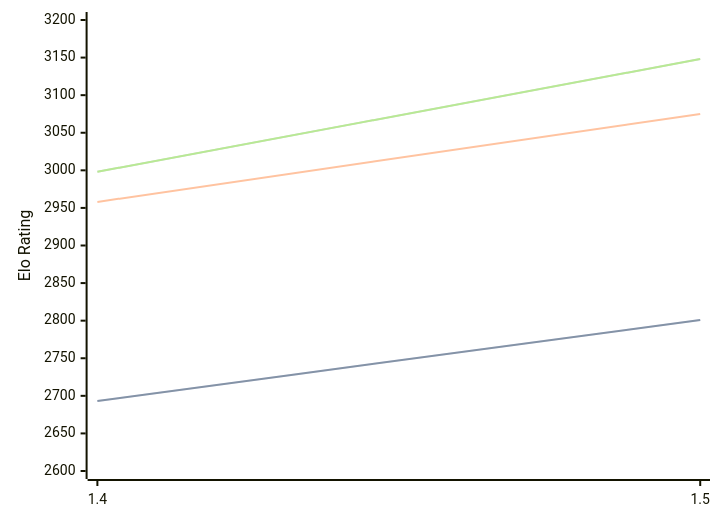
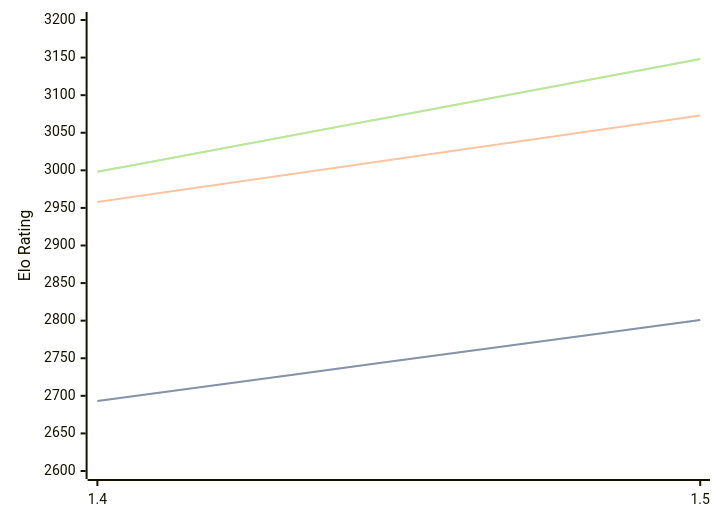
The diagram in engines/Yakka.md (computer-chess-index/cci), drawn with Mermaid before and after one commit. The commit also changed other lines of this file, not shown here.

````diff
--- a/engines/Yakka.md
+++ b/engines/Yakka.md
@@ -36,11 +36,11 @@
 ```mermaid
 %%{init: {"theme":"base","themeVariables":{"seriesColors:['#a3a3a3','#222221','#faa371']}}}%%
 xychart-beta
   x-axis ["1.4", "1.5"]
   y-axis "Elo Rating" 2600 --> 3200
   line "STC (8.0+0.08s)" [2693, 2801]
   line "STC (8.0+0.08s)" [2693, 2801]
-  line "LTC (60.0+0.60s)" [2958, 3075]
+  line "LTC (60.0+0.60s)" [2958, 3073]
   line "VLTC (2m24s+1.12s)" [2998, 3148]
   line "VLTC (2m24s+1.12s)" [2998, 3148]
 ```
````
